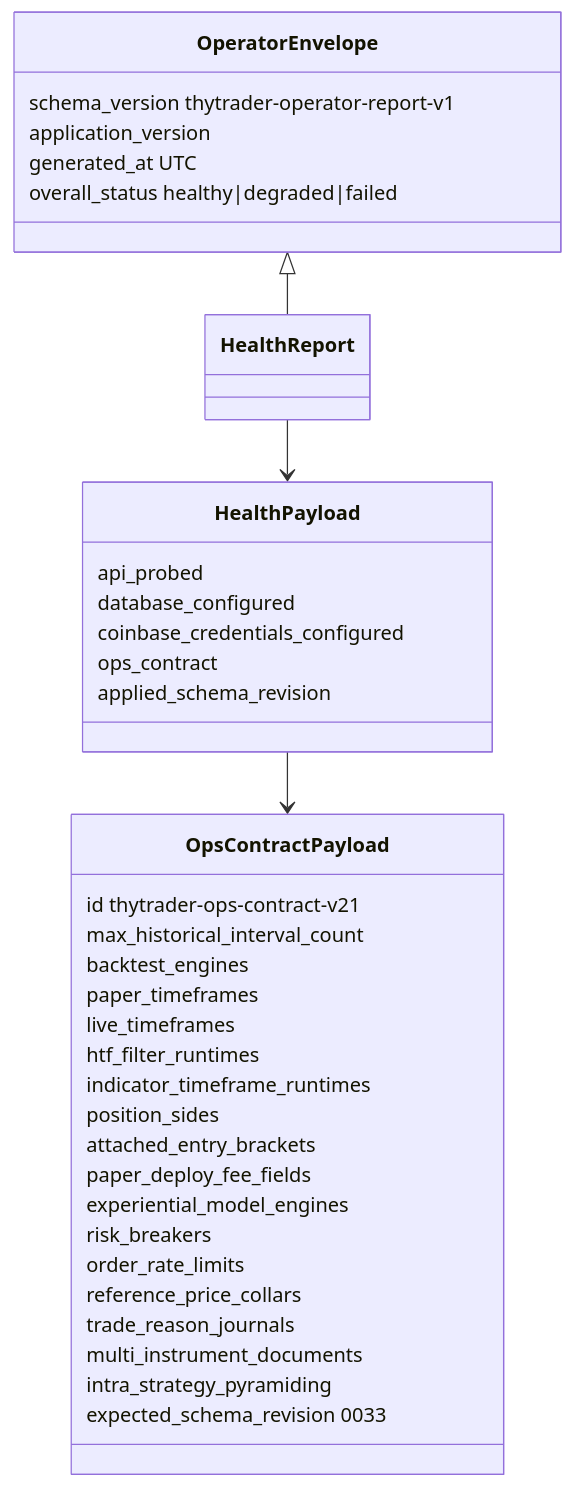
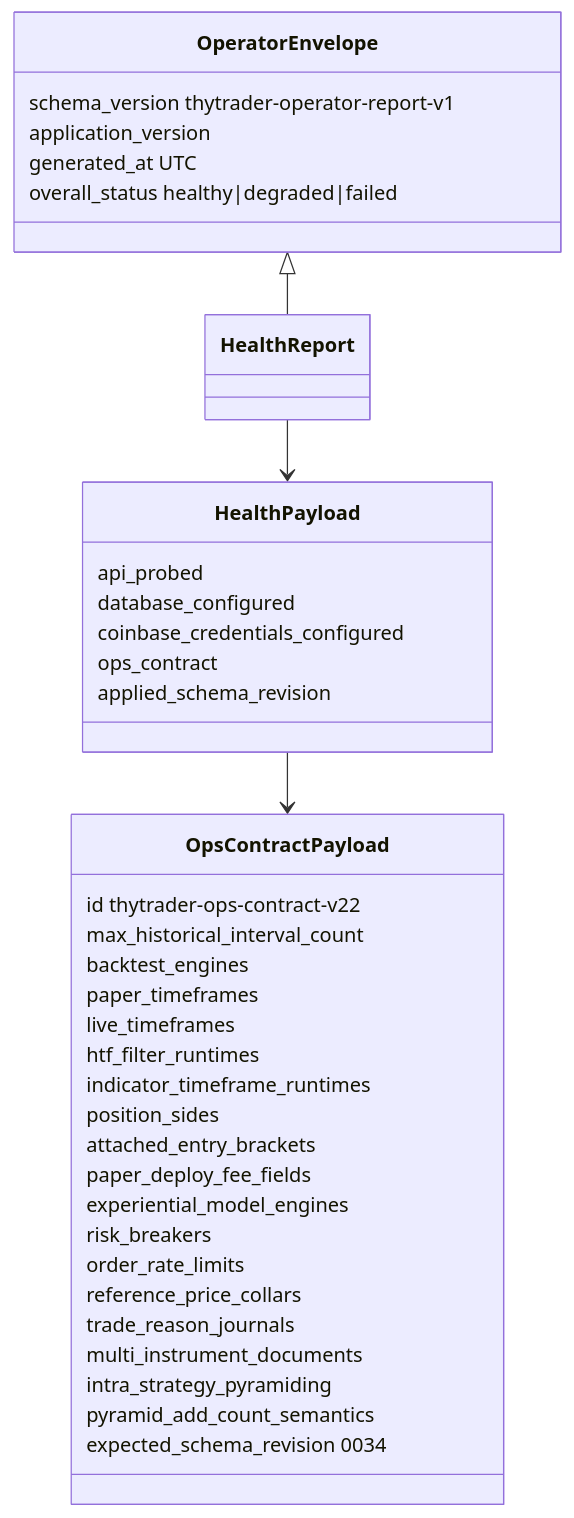
The first of 2 diagrams in docs/architecture/contracts/ops-contract.md (Zoltesh/thytrader), drawn with Mermaid before and after one commit. The commit also changed other lines of this file and 34 other files, not shown here.

````diff
--- a/docs/architecture/contracts/ops-contract.md
+++ b/docs/architecture/contracts/ops-contract.md
@@ -33,39 +34,40 @@
 ```mermaid
 classDiagram
   class OpsContractPayload {
-    id thytrader-ops-contract-v21
+    id thytrader-ops-contract-v22
     max_historical_interval_count
     backtest_engines
     paper_timeframes
     live_timeframes
     htf_filter_runtimes
     indicator_timeframe_runtimes
     position_sides
     attached_entry_brackets
     paper_deploy_fee_fields
     experiential_model_engines
     risk_breakers
     order_rate_limits
     reference_price_collars
     trade_reason_journals
     multi_instrument_documents
     intra_strategy_pyramiding
-    expected_schema_revision 0033
+    pyramid_add_count_semantics
+    expected_schema_revision 0034
   }
   class HealthPayload {
     api_probed
     database_configured
     coinbase_credentials_configured
     ops_contract
     applied_schema_revision
   }
   class OperatorEnvelope {
     schema_version thytrader-operator-report-v1
     application_version
     generated_at UTC
     overall_status healthy|degraded|failed
   }
   HealthPayload --> OpsContractPayload
   OperatorEnvelope <|-- HealthReport
   HealthReport --> HealthPayload
 ```
````
